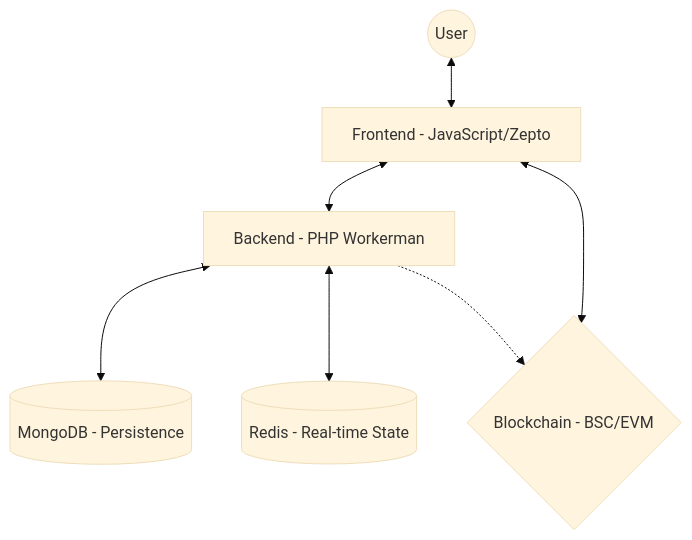
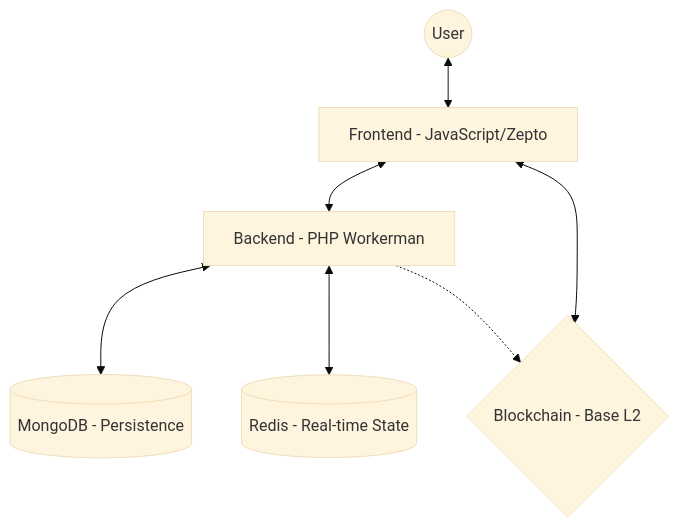
One commit to ezshine/Piece.One changed the diagram in README.md. Above: the diagram before and after it, drawn with Mermaid (base theme). The commit also changed other lines of this file and 16 other files, not shown here.

````diff
--- a/README.md
+++ b/README.md
@@ -34,16 +34,16 @@
 ```mermaid
 graph TD
     User((User))
     Web[Frontend - JavaScript/Zepto]
     Svr[Backend - PHP Workerman]
     DB[(MongoDB - Persistence)]
     Cache[(Redis - Real-time State)]
-    Chain{Blockchain - BSC/EVM}
+    Chain{Blockchain - Base L2}
 
     User <--> Web
     Web <--> Svr
     Svr <--> DB
     Svr <--> Cache
     Web <--> Chain
     Svr -.-> Chain
 ```
````
